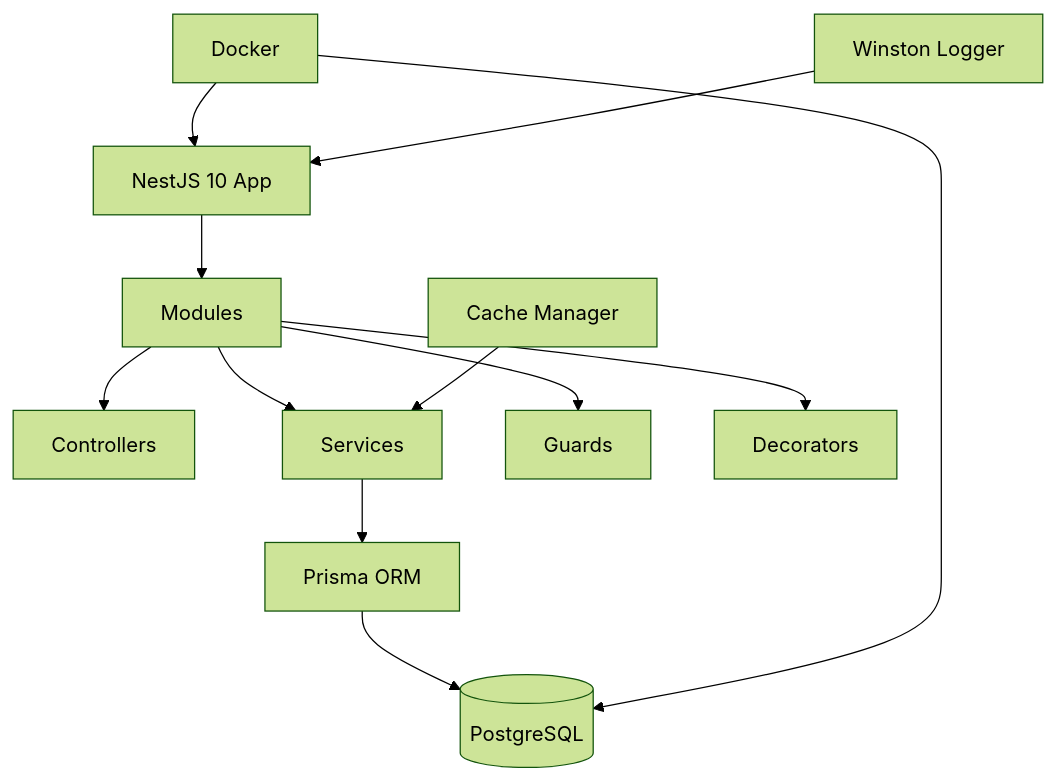
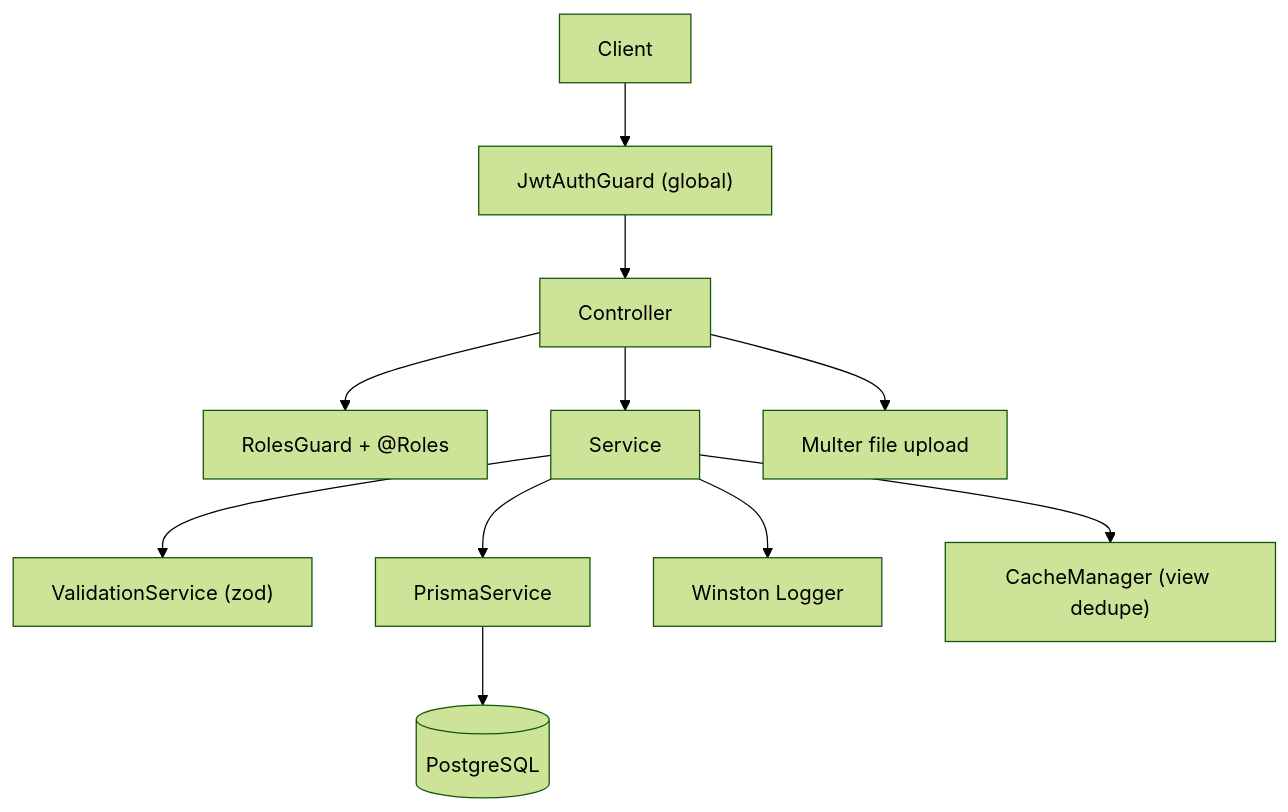
One commit to raihanachmad8/portofolio changed the first of 4 diagrams in src/content/projects/vacation-rest-api.mdx. Above: the diagram before and after it, drawn with Mermaid (forest theme). The commit also changed other lines of this file and 16 other files, not shown here.

First line of the commit message:
feat: enrich all 11 project MDX with verified data and diagrams

````diff
--- a/src/content/projects/vacation-rest-api.mdx
+++ b/src/content/projects/vacation-rest-api.mdx
@@ -55,14 +51,13 @@
 ```mermaid
 flowchart TD
-    A["NestJS 10 App"] --> B["Modules"]
-    B --> C["Controllers"]
-    B --> D["Services"]
-    B --> E["Guards"]
-    B --> F["Decorators"]
-    D --> G["Prisma ORM"]
-    G --> H[("PostgreSQL")]
-    I["Docker"] --> A
-    I --> H
-    J["Winston Logger"] --> A
-    K["Cache Manager"] --> D
+    A["Client"] --> G["JwtAuthGuard (global)"]
+    G --> B["Controller"]
+    B --> C["RolesGuard + @Roles"]
+    B --> D["Service"]
+    D --> E["ValidationService (zod)"]
+    D --> F["PrismaService"]
+    F --> H[("PostgreSQL")]
+    D --> I["Winston Logger"]
+    D --> J["CacheManager (view dedupe)"]
+    B --> K["Multer file upload"]
 ```
````
